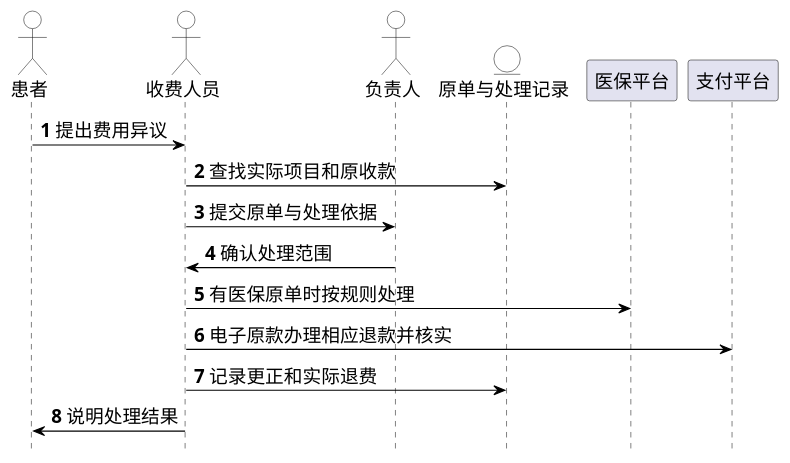
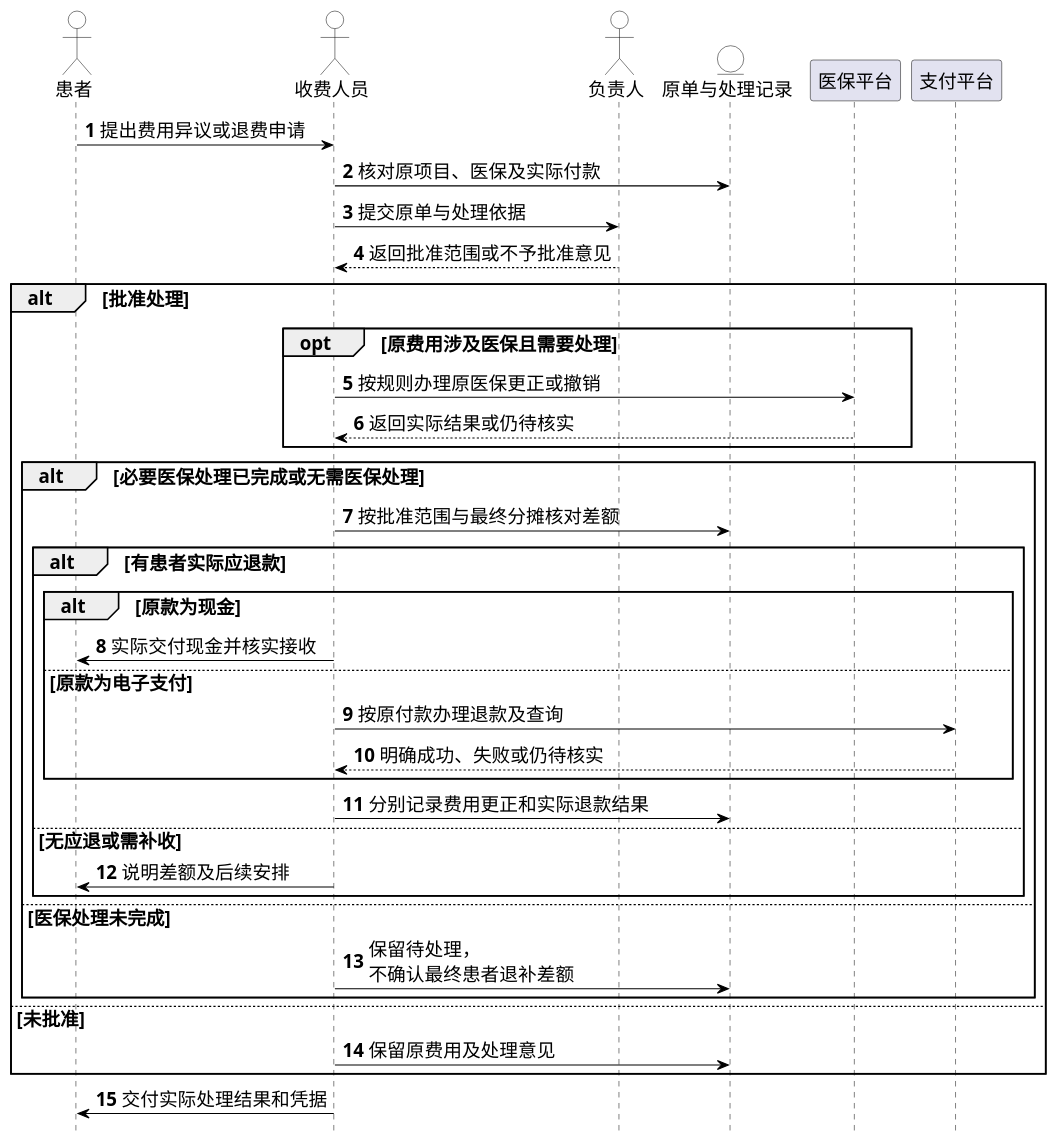
The diagram in 01-需求文档/diagrams/integrated-20261019/business-current-7.puml (Shawmc-creator/systemAnalyseAndDesign), drawn with PlantUML before and after one commit. The commit also changed 53 other files, not shown here.

```diff
--- a/01-需求文档/diagrams/integrated-20261019/business-current-7.puml
+++ b/01-需求文档/diagrams/integrated-20261019/business-current-7.puml
@@ -1,35 +1,56 @@
 @startuml
 skinparam backgroundColor white
 skinparam shadowing false
 skinparam defaultFontName SimSun
 skinparam defaultFontSize 17
 skinparam ArrowColor black
 skinparam ClassBackgroundColor white
 skinparam ActorBackgroundColor white
 skinparam BoundaryBackgroundColor white
 skinparam ControlBackgroundColor white
 skinparam EntityBackgroundColor white
 skinparam NoteBackgroundColor white
 skinparam NoteBorderColor black
 skinparam classAttributeIconSize 0
 skinparam nodesep 24
 skinparam ranksep 34
 hide footbox
 autonumber
 skinparam maxMessageSize 150
-actor "患者" as A0
-actor "收费人员" as A1
-actor "负责人" as A2
-entity "原单与处理记录" as A3
-participant "医保平台" as A4
-participant "支付平台" as A5
-A0 -> A1 : 提出费用异议
-A1 -> A3 : 查找实际项目和原收款
-A1 -> A2 : 提交原单与处理依据
-A2 -> A1 : 确认处理范围
-A1 -> A4 : 有医保原单时按规则处理
-A1 -> A5 : 电子原款办理相应退款并核实
-A1 -> A3 : 记录更正和实际退费
-A1 -> A0 : 说明处理结果
+actor "患者" as P
+actor "收费人员" as C
+actor "负责人" as M
+entity "原单与处理记录" as R
+participant "医保平台" as I
+participant "支付平台" as Pay
+P -> C : 提出费用异议或退费申请
+C -> R : 核对原项目、医保及实际付款
+C -> M : 提交原单与处理依据
+M --> C : 返回批准范围或不予批准意见
+alt 批准处理
+ opt 原费用涉及医保且需要处理
+  C -> I : 按规则办理原医保更正或撤销
+  I --> C : 返回实际结果或仍待核实
+ end
+ alt 必要医保处理已完成或无需医保处理
+  C -> R : 按批准范围与最终分摊核对差额
+  alt 有患者实际应退款
+   alt 原款为现金
+    C -> P : 实际交付现金并核实接收
+   else 原款为电子支付
+    C -> Pay : 按原付款办理退款及查询
+    Pay --> C : 明确成功、失败或仍待核实
+   end
+   C -> R : 分别记录费用更正和实际退款结果
+  else 无应退或需补收
+   C -> P : 说明差额及后续安排
+  end
+ else 医保处理未完成
+  C -> R : 保留待处理，不确认最终患者退补差额
+ end
+else 未批准
+ C -> R : 保留原费用及处理意见
+end
+C -> P : 交付实际处理结果和凭据
 
 @enduml
```
